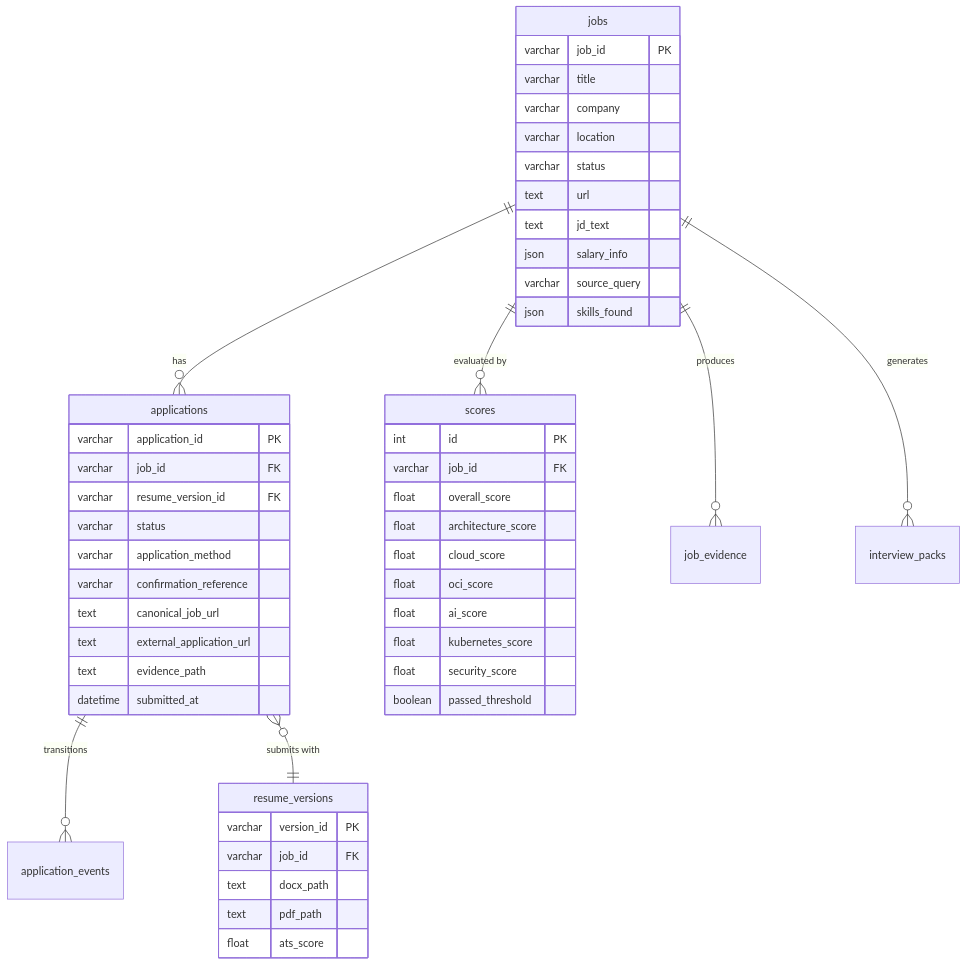
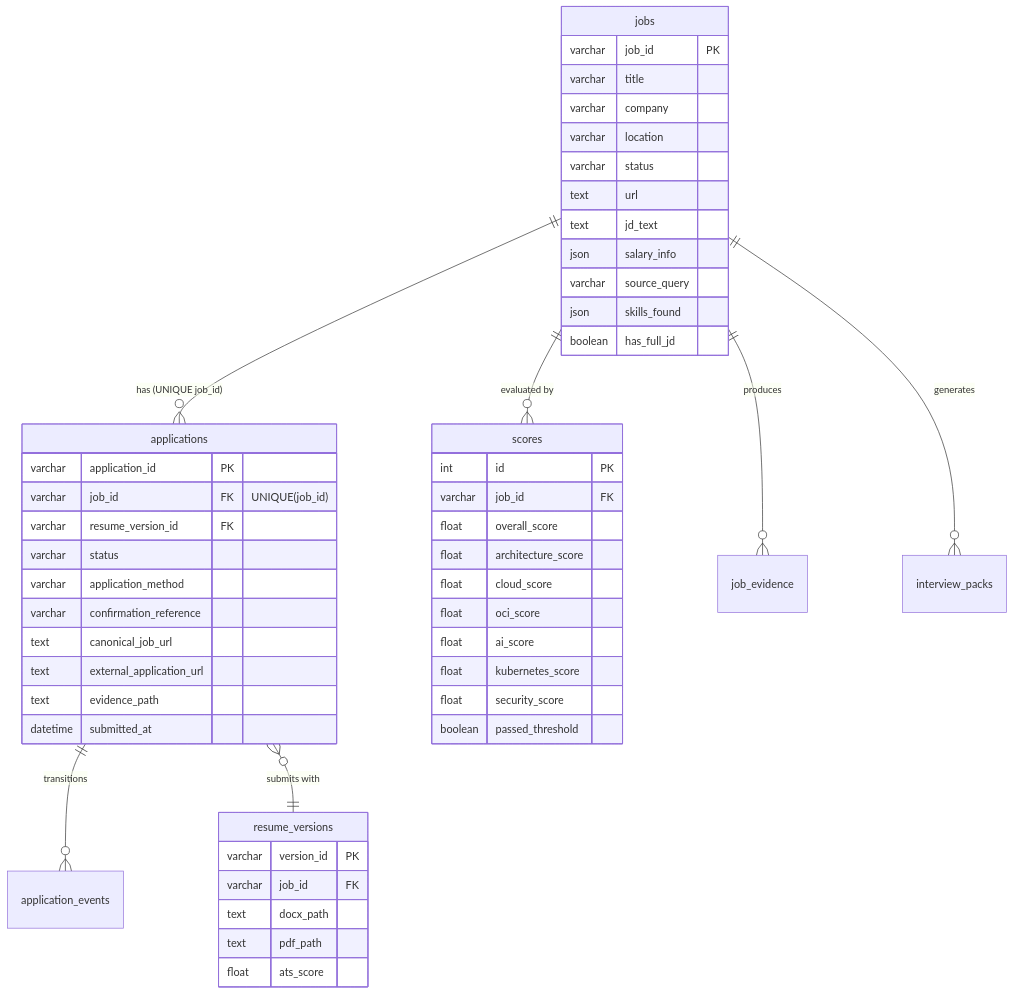
Before and after one commit to Saket8/CareerOps: the second of 2 diagrams in architecture.md, drawn with Mermaid. The commit also changed other lines of this file and 3 other files, not shown here.

Commit message:
fix(ci): split cron schedule into distinct entries for 09:00 and 14:00 IST and synchronize architecture specs

````diff
--- a/architecture.md
+++ b/architecture.md
@@ -318,56 +373,57 @@
 ```mermaid
 erDiagram
-    jobs ||--o{ applications : "has"
+    jobs ||--o{ applications : "has (UNIQUE job_id)"
     jobs ||--o{ scores : "evaluated by"
     jobs ||--o{ job_evidence : "produces"
     jobs ||--o{ interview_packs : "generates"
     applications ||--o{ application_events : "transitions"
     applications }o--|| resume_versions : "submits with"
     
     jobs {
         varchar job_id PK
         varchar title
         varchar company
         varchar location
         varchar status
         text url
         text jd_text
         json salary_info
         varchar source_query
         json skills_found
+        boolean has_full_jd
     }
     
     applications {
         varchar application_id PK
-        varchar job_id FK
+        varchar job_id FK "UNIQUE(job_id)"
         varchar resume_version_id FK
         varchar status
         varchar application_method
         varchar confirmation_reference
         text canonical_job_url
         text external_application_url
         text evidence_path
         datetime submitted_at
     }
     
     scores {
         int id PK
         varchar job_id FK
         float overall_score
         float architecture_score
         float cloud_score
         float oci_score
         float ai_score
         float kubernetes_score
         float security_score
         boolean passed_threshold
     }
     
     resume_versions {
         varchar version_id PK
         varchar job_id FK
         text docx_path
         text pdf_path
         float ats_score
     }
 ```
````
